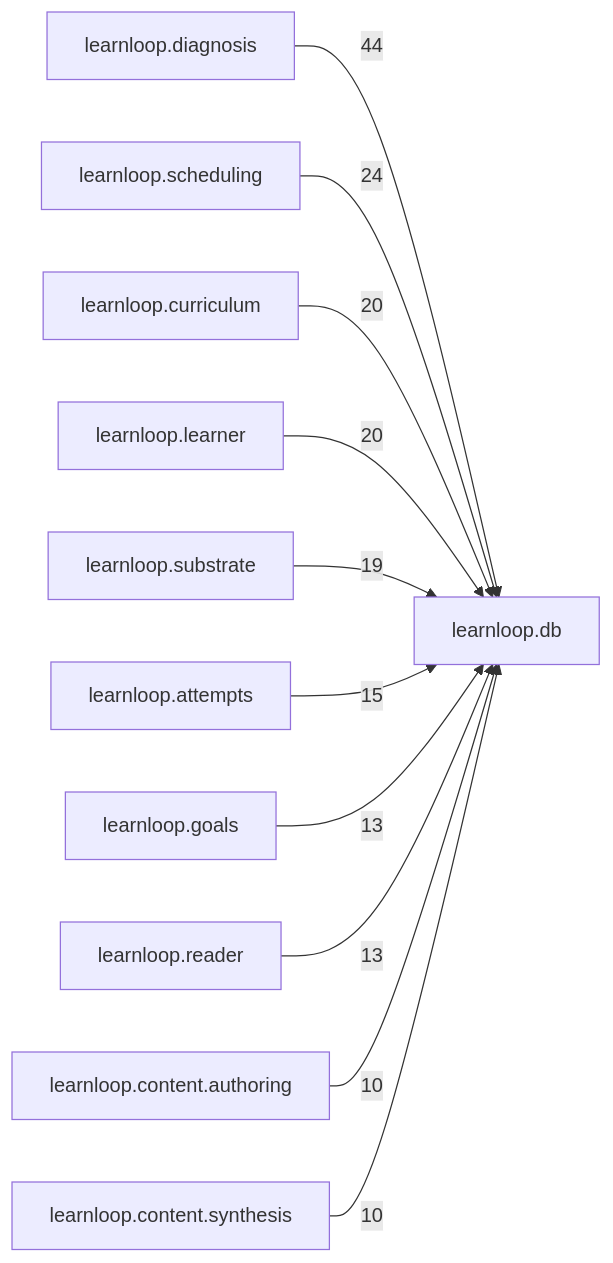
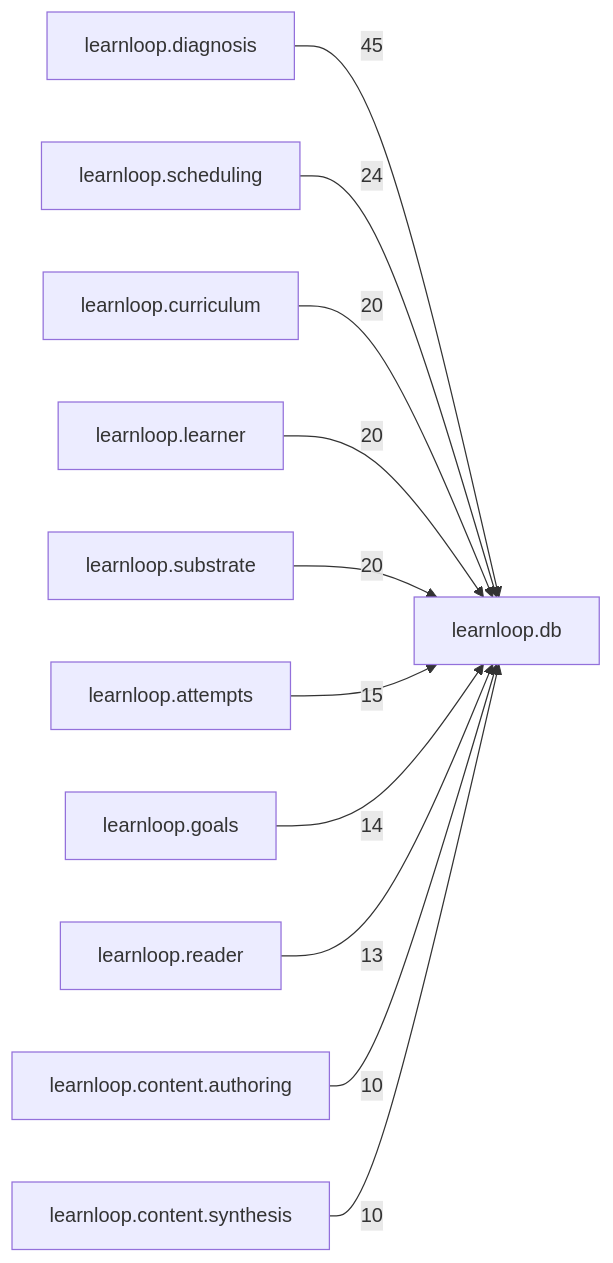
The diagram in docs/learnloop-architecture-vault/Reference/Modules/learnloop/db/_package.md (6up-b/learnanything), drawn with Mermaid before and after one commit. The commit also changed other lines of this file and 338 other files, not shown here.

````diff
--- a/docs/learnloop-architecture-vault/Reference/Modules/learnloop/db/_package.md
+++ b/docs/learnloop-architecture-vault/Reference/Modules/learnloop/db/_package.md
@@ -106,24 +112,24 @@
 ```mermaid
 flowchart LR
     center["learnloop.db"]
     n_learnloop_diagnosis["learnloop.diagnosis"]
     n_learnloop_scheduling["learnloop.scheduling"]
     n_learnloop_curriculum["learnloop.curriculum"]
     n_learnloop_learner["learnloop.learner"]
     n_learnloop_substrate["learnloop.substrate"]
     n_learnloop_attempts["learnloop.attempts"]
     n_learnloop_goals["learnloop.goals"]
     n_learnloop_reader["learnloop.reader"]
     n_learnloop_content_authoring["learnloop.content.authoring"]
     n_learnloop_content_synthesis["learnloop.content.synthesis"]
-    n_learnloop_diagnosis -->|44| center
+    n_learnloop_diagnosis -->|45| center
     n_learnloop_scheduling -->|24| center
     n_learnloop_curriculum -->|20| center
     n_learnloop_learner -->|20| center
-    n_learnloop_substrate -->|19| center
+    n_learnloop_substrate -->|20| center
     n_learnloop_attempts -->|15| center
-    n_learnloop_goals -->|13| center
+    n_learnloop_goals -->|14| center
     n_learnloop_reader -->|13| center
     n_learnloop_content_authoring -->|10| center
     n_learnloop_content_synthesis -->|10| center
 ```
````
